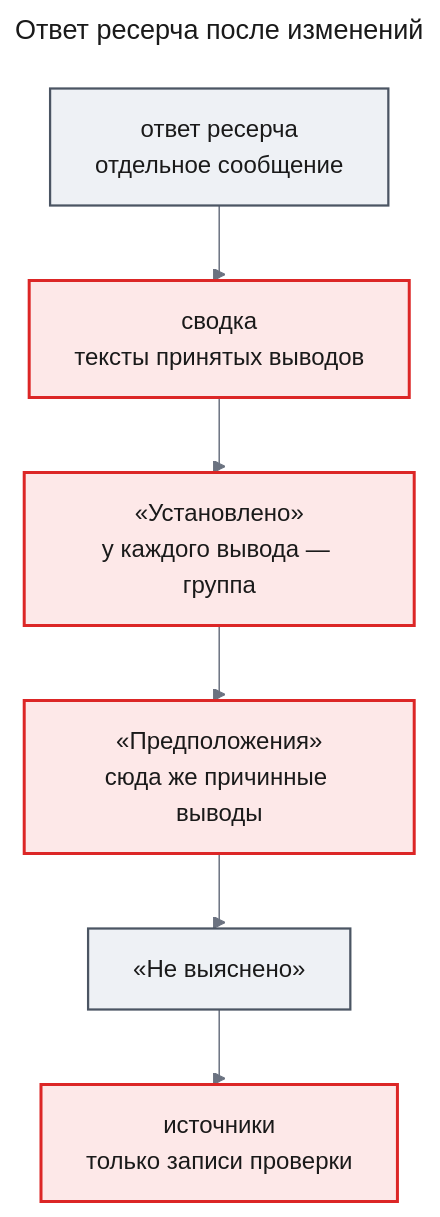
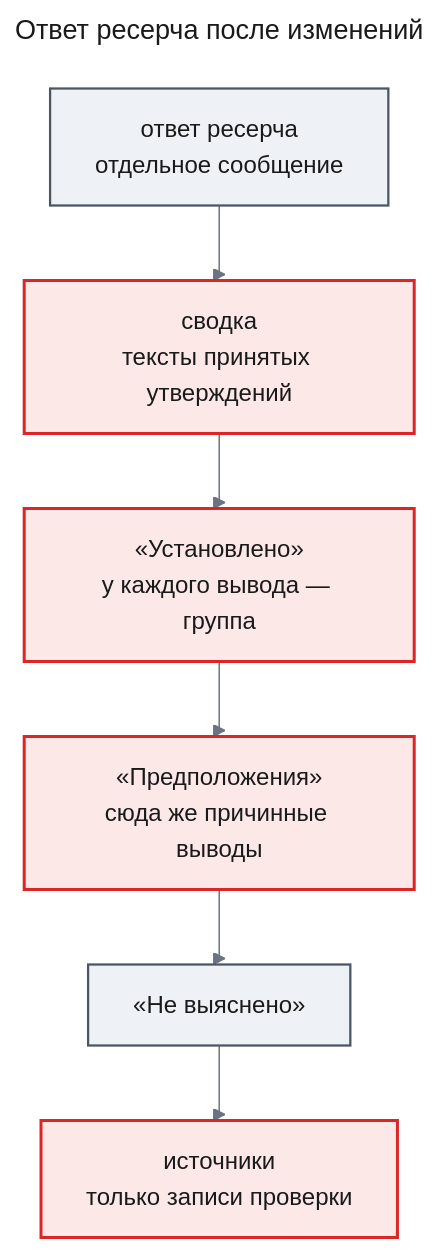
Before and after one commit to tundraray/agent-os: the ninth of 10 diagrams in docs/features/agent-quality/prd.md, drawn with Mermaid. The commit also changed other lines of this file, not shown here.

````diff
--- a/docs/features/agent-quality/prd.md
+++ b/docs/features/agent-quality/prd.md
@@ -490,27 +491,27 @@
 ```mermaid
 ---
 title: "Ответ ресерча после изменений"
 config:
   theme: base
   look: classic
   themeVariables:
     primaryColor: "#eef1f5"
     primaryBorderColor: "#4b5563"
     primaryTextColor: "#1a1a1a"
     lineColor: "#6b7280"
   flowchart:
     curve: step
 ---
 flowchart TB
     ans["ответ ресерча<br/>отдельное сообщение"]
-    sum["сводка<br/>тексты принятых выводов"]
+    sum["сводка<br/>тексты принятых утверждений"]
     est["«Установлено»<br/>у каждого вывода — группа"]
     hyp["«Предположения»<br/>сюда же причинные выводы"]
     unk["«Не выяснено»"]
     src["источники<br/>только записи проверки"]
     ans --> sum --> est --> hyp --> unk --> src
     classDef changed fill:#fde8e8,stroke:#dc2626,stroke-width:2px,color:#1a1a1a
     classDef unchanged fill:#eef1f5,stroke:#4b5563,stroke-width:1.5px,color:#1a1a1a
     class sum,est,hyp,src changed
     class ans,unk unchanged
 ```
````
